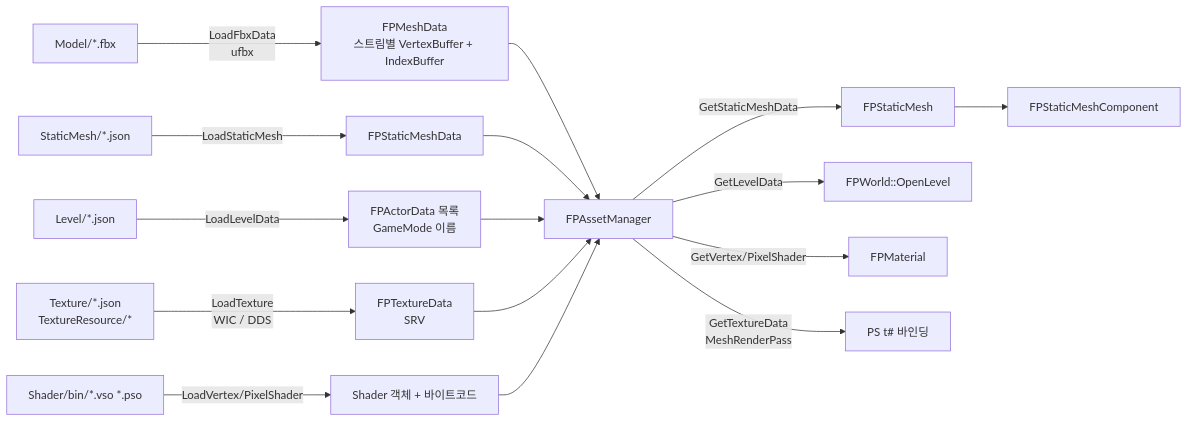
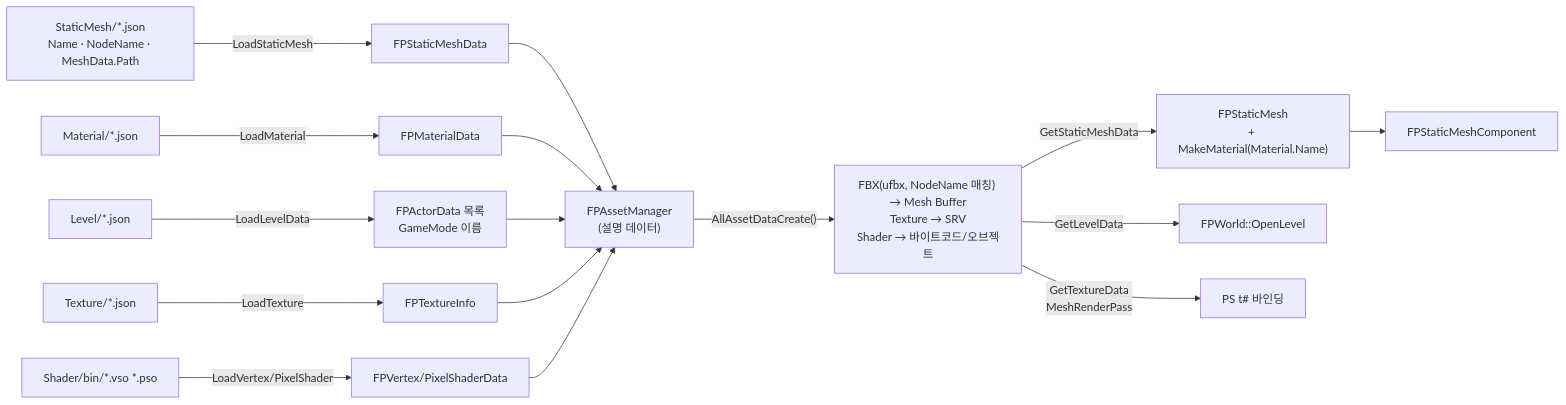
Before and after one commit to Gat-Young/ForestPearlEngine: diagram 14 of 15 in README.md, drawn with Mermaid. The commit also changed other lines of this file, not shown here.

````diff
--- a/README.md
+++ b/README.md
@@ -1260,17 +1354,17 @@
 ```mermaid
 flowchart LR
-    FBX["Model/*.fbx"] -->|"LoadFbxData<br/>ufbx"| MD["FPMeshData<br/>스트림별 VertexBuffer + IndexBuffer"]
-    SMJ["StaticMesh/*.json"] -->|"LoadStaticMesh"| SMD["FPStaticMeshData"]
+    SMJ["StaticMesh/*.json<br/>Name · NodeName · MeshData.Path"] -->|"LoadStaticMesh"| SMD["FPStaticMeshData"]
+    MJ["Material/*.json"] -->|"LoadMaterial"| MTD["FPMaterialData"]
     LVJ["Level/*.json"] -->|"LoadLevelData"| LVD["FPActorData 목록<br/>GameMode 이름"]
-    TXJ["Texture/*.json<br/>TextureResource/*"] -->|"LoadTexture<br/>WIC / DDS"| TXD["FPTextureData<br/>SRV"]
-    SH["Shader/bin/*.vso *.pso"] -->|"LoadVertex/PixelShader"| SHD["Shader 객체 + 바이트코드"]
-    MD --> AM["FPAssetManager"]
-    SMD --> AM
+    TXJ["Texture/*.json"] -->|"LoadTexture"| TXI["FPTextureInfo"]
+    SH["Shader/bin/*.vso *.pso"] -->|"LoadVertex/PixelShader"| SHD["FPVertex/PixelShaderData"]
+    SMD --> AM["FPAssetManager<br/>(설명 데이터)"]
+    MTD --> AM
     LVD --> AM
-    TXD --> AM
+    TXI --> AM
     SHD --> AM
-    AM -->|"GetStaticMeshData"| SMO["FPStaticMesh"] --> SMC["FPStaticMeshComponent"]
-    AM -->|"GetLevelData"| W["FPWorld::OpenLevel"]
-    AM -->|"GetVertex/PixelShader"| MAT["FPMaterial"]
-    AM -->|"GetTextureData<br/>MeshRenderPass"| TXR["PS t# 바인딩"]
+    AM -->|"AllAssetDataCreate()"| CREATE["FBX(ufbx, NodeName 매칭) → Mesh Buffer<br/>Texture → SRV<br/>Shader → 바이트코드/오브젝트"]
+    CREATE -->|"GetStaticMeshData"| SMO["FPStaticMesh<br/>+ MakeMaterial(Material.Name)"] --> SMC["FPStaticMeshComponent"]
+    CREATE -->|"GetLevelData"| W["FPWorld::OpenLevel"]
+    CREATE -->|"GetTextureData<br/>MeshRenderPass"| TXR["PS t# 바인딩"]
 ```
````
